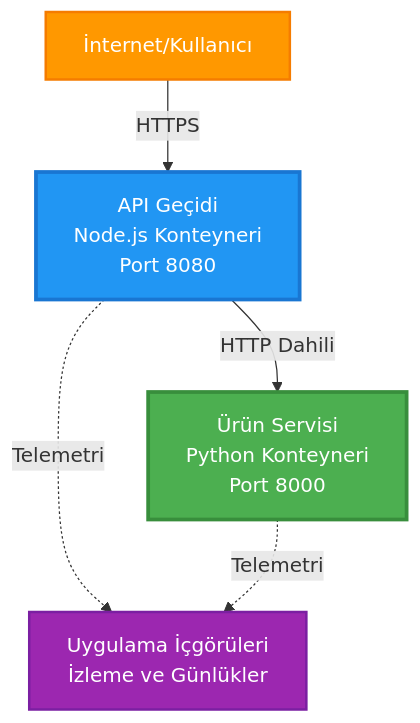
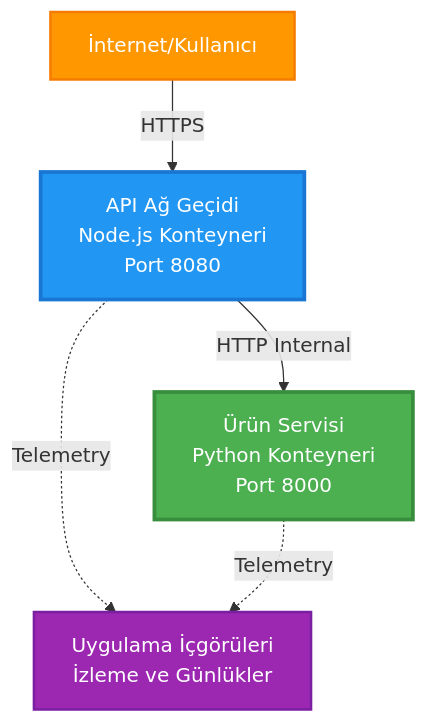
One commit to microsoft/AZD-for-beginners changed the first of 4 diagrams in translations/tr/examples/microservices/README.md. Above: the diagram before and after it, drawn with Mermaid. The commit also changed other lines of this file and 242 other files, not shown here.

````diff
--- a/translations/tr/examples/microservices/README.md
+++ b/translations/tr/examples/microservices/README.md
@@ -40,17 +31,17 @@
 ```mermaid
 graph TB
     Internet[İnternet/Kullanıcı]
-    Gateway[API Geçidi<br/>Node.js Konteyneri<br/>Port 8080]
+    Gateway[API Ağ Geçidi<br/>Node.js Konteyneri<br/>Port 8080]
     Product[Ürün Servisi<br/>Python Konteyneri<br/>Port 8000]
     AppInsights[Uygulama İçgörüleri<br/>İzleme ve Günlükler]
     
     Internet -->|HTTPS| Gateway
-    Gateway -->|HTTP Dahili| Product
-    Gateway -.->|Telemetri| AppInsights
-    Product -.->|Telemetri| AppInsights
+    Gateway -->|HTTP Internal| Product
+    Gateway -.->|Telemetry| AppInsights
+    Product -.->|Telemetry| AppInsights
     
     style Gateway fill:#2196F3,stroke:#1976D2,stroke-width:3px,color:#fff
     style Product fill:#4CAF50,stroke:#388E3C,stroke-width:3px,color:#fff
     style Internet fill:#FF9800,stroke:#F57C00,stroke-width:2px,color:#fff
     style AppInsights fill:#9C27B0,stroke:#7B1FA2,stroke-width:2px,color:#fff
 ```
````
